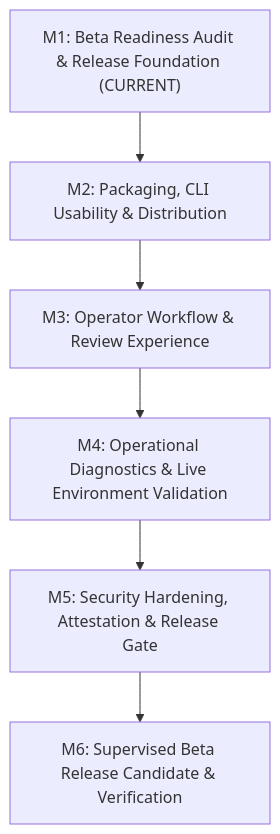
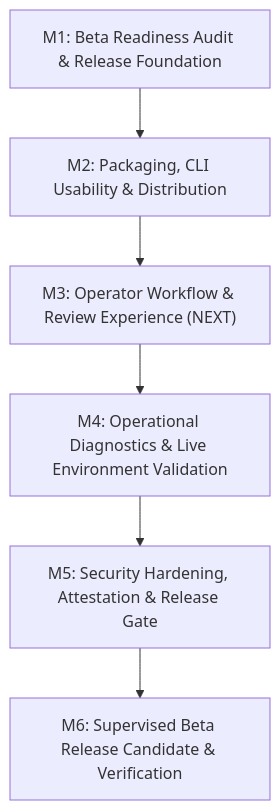
Before and after one commit to thisisanimesh01/FORGE: the diagram in docs/specs/phase-6-roadmap.md, drawn with Mermaid. The commit also changed other lines of this file and 4 other files, not shown here.

Commit message:
feat(packaging): implement distribution wheels, sdist, and cli usability for phase 6 beta

````diff
--- a/docs/specs/phase-6-roadmap.md
+++ b/docs/specs/phase-6-roadmap.md
@@ -32,8 +32,8 @@
 ```mermaid
 flowchart TD
-    M1["M1: Beta Readiness Audit & Release Foundation (CURRENT)"] --> M2["M2: Packaging, CLI Usability & Distribution"]
-    M2 --> M3["M3: Operator Workflow & Review Experience"]
+    M1["M1: Beta Readiness Audit & Release Foundation"] --> M2["M2: Packaging, CLI Usability & Distribution"]
+    M2 --> M3["M3: Operator Workflow & Review Experience (NEXT)"]
     M3 --> M4["M4: Operational Diagnostics & Live Environment Validation"]
     M4 --> M5["M5: Security Hardening, Attestation & Release Gate"]
     M5 --> M6["M6: Supervised Beta Release Candidate & Verification"]
 ```
````
